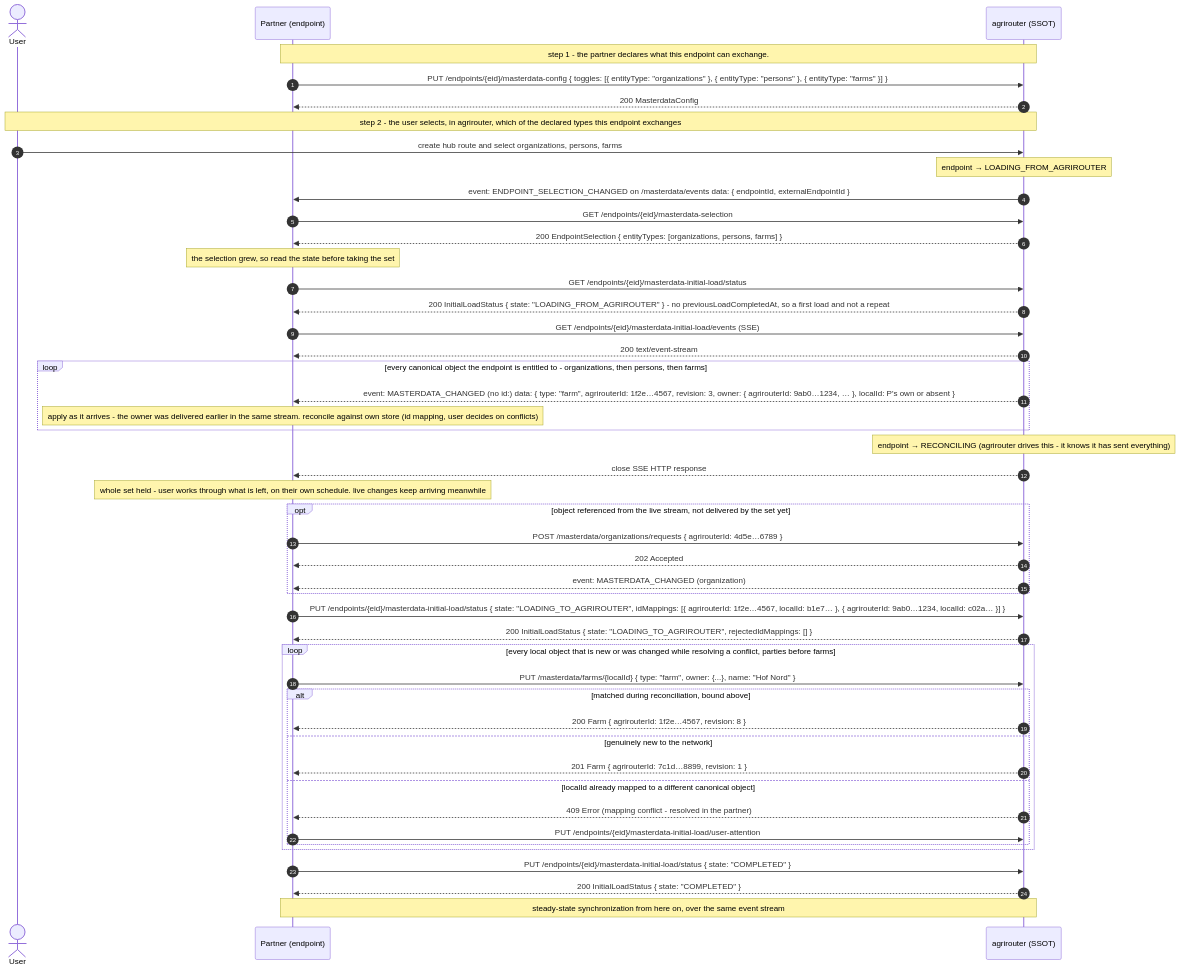
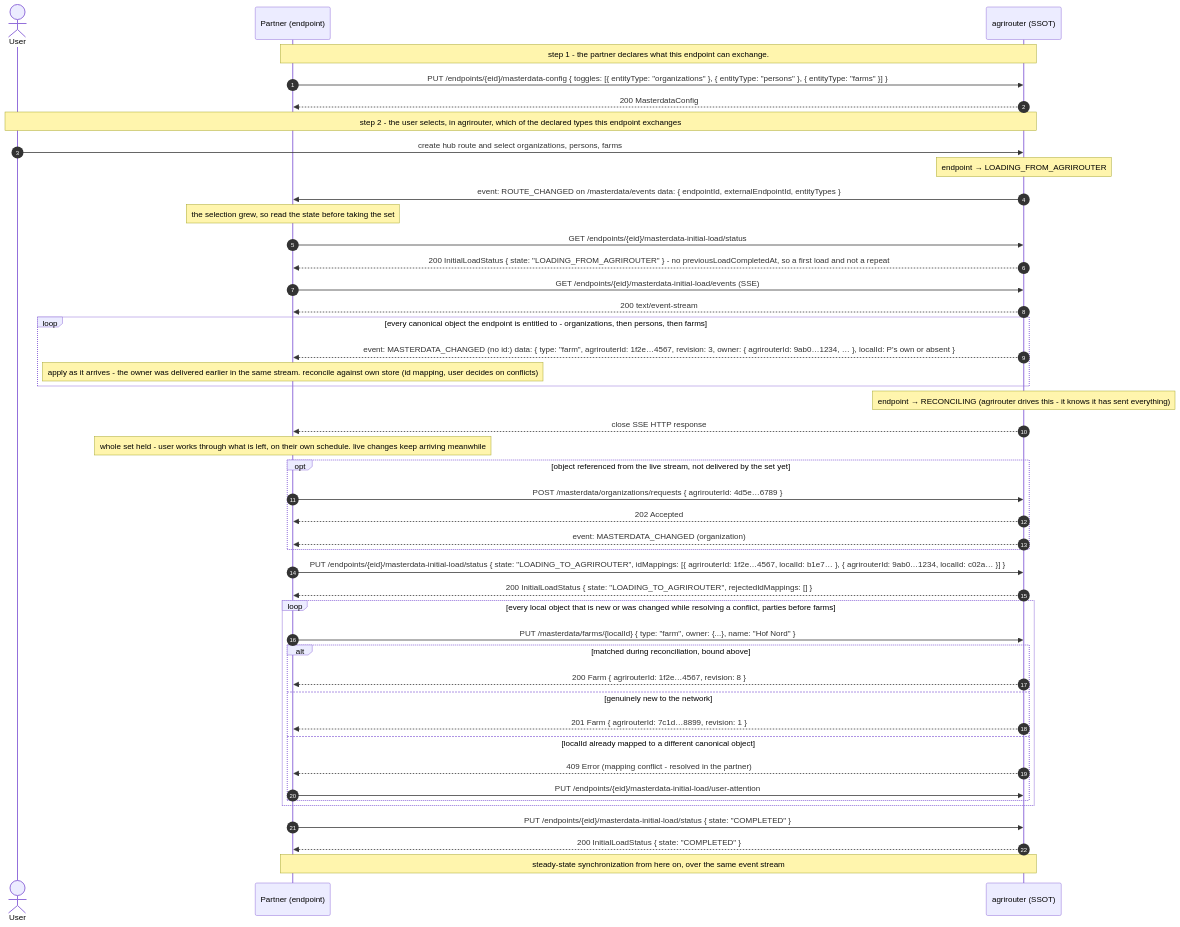
Before and after one commit to DKE-Data/masterdata-sync-working-group: the second of 3 diagrams in architecture/06-initial-load.md, drawn with Mermaid. The commit also changed other lines of this file and 4 other files, not shown here.

Commit message:
Pass entity types in (renamed) ROUTE_CHANGED event

````diff
--- a/architecture/06-initial-load.md
+++ b/architecture/06-initial-load.md
@@ -94,55 +94,53 @@
 ```mermaid
 %% ceasg:{"id":"8xpvwi5e"} %%
 sequenceDiagram
     autonumber
     actor U as User
     participant P as Partner (endpoint)
     participant AR as agrirouter (SSOT)
 
     Note over P,AR: step 1 - the partner declares what this endpoint can exchange.
     P->>AR: PUT /endpoints/{eid}/masterdata-config { toggles: [{ entityType: "organizations" }, { entityType: "persons" }, { entityType: "farms" }] }
     AR-->>P: 200 MasterdataConfig
     Note over U,AR: step 2 - the user selects, in agrirouter, which of the declared types this endpoint exchanges
     U->>AR: create hub route and select organizations, persons, farms
     Note over AR: endpoint → LOADING_FROM_AGRIROUTER
-    AR->>P: event: ENDPOINT_SELECTION_CHANGED on /masterdata/events data: { endpointId, externalEndpointId }
+    AR->>P: event: ROUTE_CHANGED on /masterdata/events data: { endpointId, externalEndpointId, entityTypes }
 
-    P->>AR: GET /endpoints/{eid}/masterdata-selection
-    AR-->>P: 200 EndpointSelection { entityTypes: [organizations, persons, farms] }
     Note over P: the selection grew, so read the state before taking the set
     P->>AR: GET /endpoints/{eid}/masterdata-initial-load/status
     AR-->>P: 200 InitialLoadStatus { state: "LOADING_FROM_AGRIROUTER" } - no previousLoadCompletedAt, so a first load and not a repeat
     P->>AR: GET /endpoints/{eid}/masterdata-initial-load/events (SSE)
     AR-->>P: 200 text/event-stream
     loop every canonical object the endpoint is entitled to - organizations, then persons, then farms
         AR-->>P: event: MASTERDATA_CHANGED (no id:) data: { type: "farm", agrirouterId: 1f2e…4567, revision: 3, owner: { agrirouterId: 9ab0…1234, … }, localId: P's own or absent }
         Note over P: apply as it arrives - the owner was delivered earlier in the same stream. reconcile against own store (id mapping, user decides on conflicts)
     end
     Note over AR: endpoint → RECONCILING (agrirouter drives this - it knows it has sent everything)
     AR-->>P: close SSE HTTP response
     Note over P: whole set held - user works through what is left, on their own schedule. live changes keep arriving meanwhile
     opt object referenced from the live stream, not delivered by the set yet
         P->>AR: POST /masterdata/organizations/requests { agrirouterId: 4d5e…6789 }
         AR-->>P: 202 Accepted
         AR-->>P: event: MASTERDATA_CHANGED (organization)
     end
 
     P->>AR: PUT /endpoints/{eid}/masterdata-initial-load/status { state: "LOADING_TO_AGRIROUTER", idMappings: [{ agrirouterId: 1f2e…4567, localId: b1e7… }, { agrirouterId: 9ab0…1234, localId: c02a… }] }
     AR-->>P: 200 InitialLoadStatus { state: "LOADING_TO_AGRIROUTER", rejectedIdMappings: [] }
 
     loop every local object that is new or was changed while resolving a conflict, parties before farms
         P->>AR: PUT /masterdata/farms/{localId} { type: "farm", owner: {...}, name: "Hof Nord" }
         alt matched during reconciliation, bound above
             AR-->>P: 200 Farm { agrirouterId: 1f2e…4567, revision: 8 }
         else genuinely new to the network
             AR-->>P: 201 Farm { agrirouterId: 7c1d…8899, revision: 1 }
         else localId already mapped to a different canonical object
             AR-->>P: 409 Error (mapping conflict - resolved in the partner)
             P->>AR: PUT /endpoints/{eid}/masterdata-initial-load/user-attention
         end
     end
 
     P->>AR: PUT /endpoints/{eid}/masterdata-initial-load/status { state: "COMPLETED" }
     AR-->>P: 200 InitialLoadStatus { state: "COMPLETED" }
     Note over P,AR: steady-state synchronization from here on, over the same event stream
 ```
````
